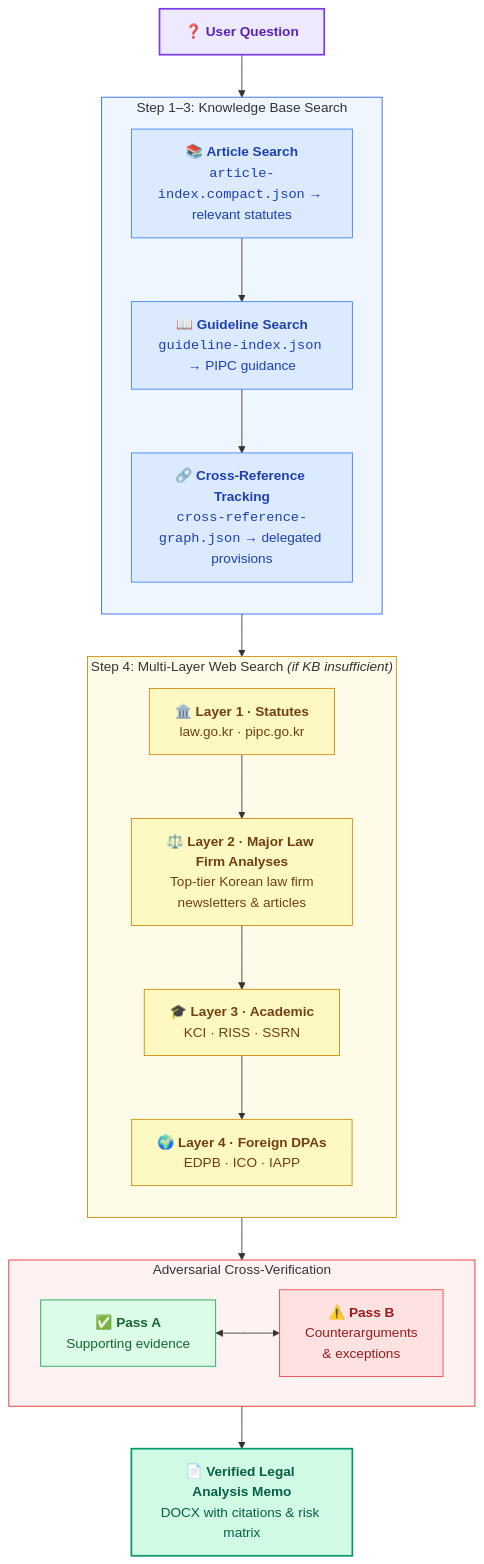
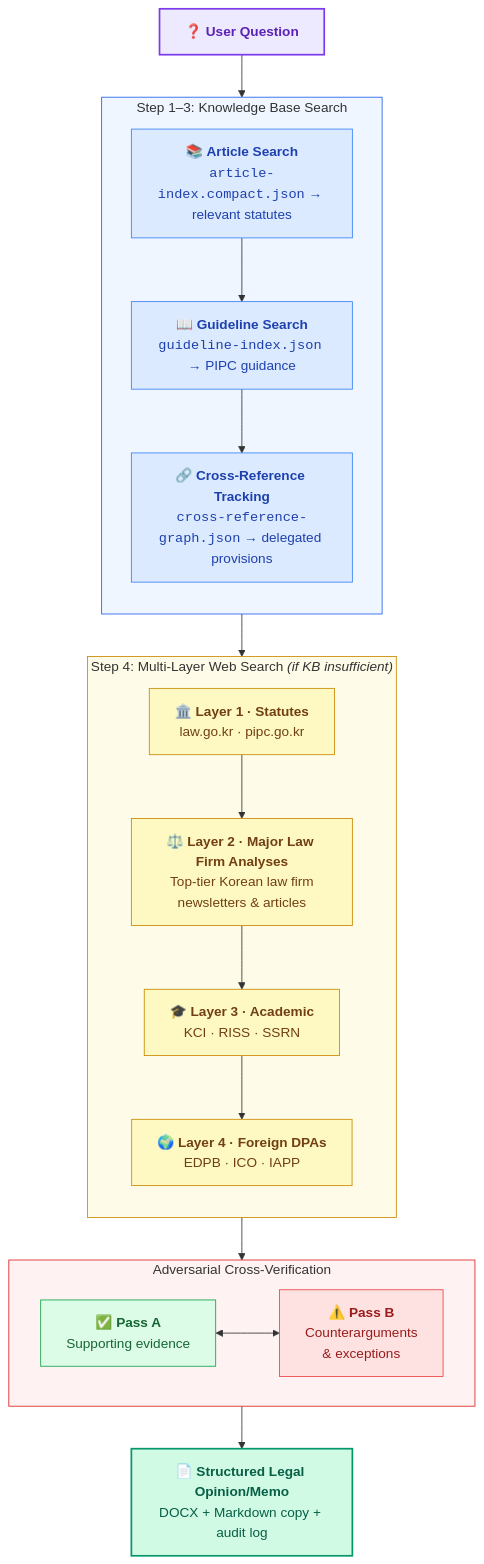
Before and after one commit to kipeum86/PIPA-expert: the second of 2 diagrams in README.md, drawn with Mermaid. The commit also changed other lines of this file and 1 other file, not shown here.

Commit message:
docs(readme): align README with structured opinion workflow

````diff
--- a/README.md
+++ b/README.md
@@ -254,50 +254,50 @@
 ```mermaid
 flowchart TD
     Q["❓ <b>User Question</b>"]
 
     subgraph kb["Step 1–3: Knowledge Base Search"]
         direction TB
             S1["📚 <b>Article Search</b><br/><code>article-index.compact.json</code> → relevant statutes"]
         S2["📖 <b>Guideline Search</b><br/><code>guideline-index.json</code> → PIPC guidance"]
         S3["🔗 <b>Cross-Reference Tracking</b><br/><code>cross-reference-graph.json</code> → delegated provisions"]
         S1 --> S2 --> S3
     end
 
     subgraph web["Step 4: Multi-Layer Web Search <i>(if KB insufficient)</i>"]
         direction TB
         L1["🏛️ <b>Layer 1 · Statutes</b><br/>law.go.kr · pipc.go.kr"]
         L2["⚖️ <b>Layer 2 · Major Law Firm Analyses</b><br/>Top-tier Korean law firm<br/>newsletters &amp; articles"]
         L3["🎓 <b>Layer 3 · Academic</b><br/>KCI · RISS · SSRN"]
         L4["🌍 <b>Layer 4 · Foreign DPAs</b><br/>EDPB · ICO · IAPP"]
         L1 --> L2 --> L3 --> L4
     end
 
     subgraph verify["Adversarial Cross-Verification"]
         direction LR
         PA["✅ <b>Pass A</b><br/>Supporting evidence"]
         PB["⚠️ <b>Pass B</b><br/>Counterarguments<br/>&amp; exceptions"]
         PA <--> PB
     end
 
-    O["📄 <b>Verified Legal Analysis Memo</b><br/>DOCX with citations &amp; risk matrix"]
+    O["📄 <b>Structured Legal Opinion/Memo</b><br/>DOCX + Markdown copy + audit log"]
 
     Q --> kb
     kb --> web
     web --> verify
     verify --> O
 
     style Q fill:#ede9fe,stroke:#7c3aed,stroke-width:2px,color:#5b21b6
     style kb fill:#eff6ff,stroke:#2563eb,stroke-width:1px
     style web fill:#fefce8,stroke:#ca8a04,stroke-width:1px
     style verify fill:#fef2f2,stroke:#dc2626,stroke-width:1px
     style O fill:#d1fae5,stroke:#059669,stroke-width:2px,color:#065f46
     style S1 fill:#dbeafe,stroke:#3b82f6,color:#1e40af
     style S2 fill:#dbeafe,stroke:#3b82f6,color:#1e40af
     style S3 fill:#dbeafe,stroke:#3b82f6,color:#1e40af
     style L1 fill:#fef9c3,stroke:#ca8a04,color:#713f12
     style L2 fill:#fef9c3,stroke:#ca8a04,color:#713f12
     style L3 fill:#fef9c3,stroke:#ca8a04,color:#713f12
     style L4 fill:#fef9c3,stroke:#ca8a04,color:#713f12
     style PA fill:#dcfce7,stroke:#16a34a,color:#166534
     style PB fill:#fee2e2,stroke:#ef4444,color:#991b1b
 ```
````
